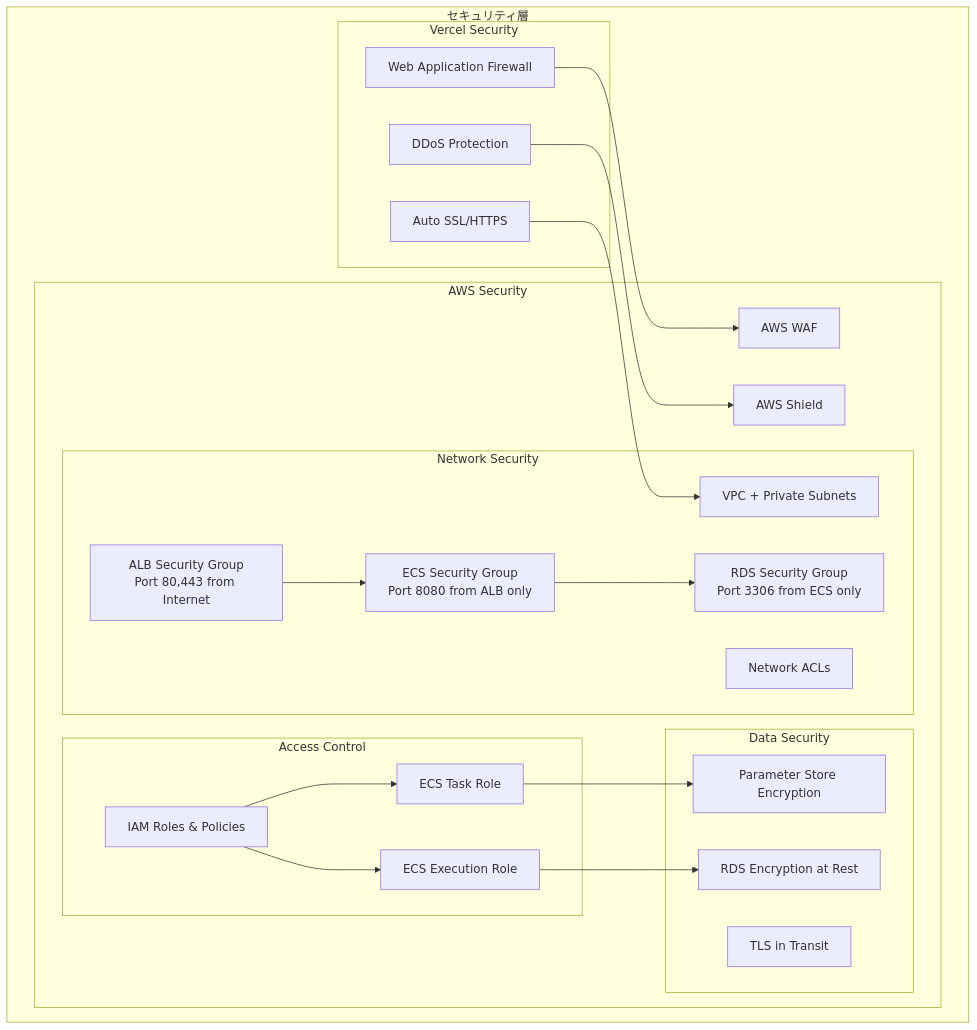
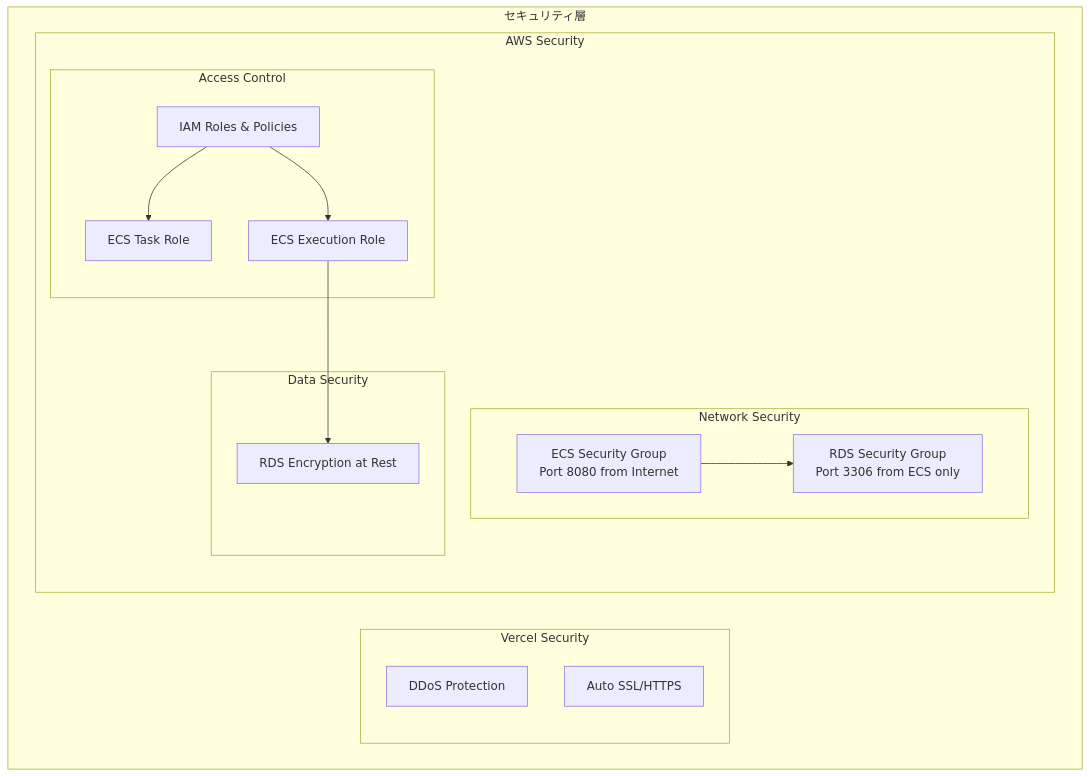
Before and after one commit to fK470/fusen: the fourth of 5 diagrams in docs/system-architecture.md, drawn with Mermaid. The commit also changed other lines of this file and 1 other file, not shown here.

First line of the commit message:
Fix Mermaid diagram errors in system architecture documentation (#16)

````diff
--- a/docs/system-architecture.md
+++ b/docs/system-architecture.md
@@ -148,48 +123,32 @@
 ```mermaid
 graph TB
     subgraph "セキュリティ層"
         subgraph "Vercel Security"
-            VERCEL_WAF[Web Application Firewall]
             VERCEL_DDoS[DDoS Protection]
             VERCEL_SSL[Auto SSL/HTTPS]
         end
         
         subgraph "AWS Security"
-            WAF[AWS WAF]
-            SHIELD[AWS Shield]
-            
             subgraph "Network Security"
-                VPC[VPC + Private Subnets]
-                SG_ALB[ALB Security Group<br/>Port 80,443 from Internet]
-                SG_ECS[ECS Security Group<br/>Port 8080 from ALB only]
+                SG_ECS[ECS Security Group<br/>Port 8080 from Internet]
                 SG_RDS[RDS Security Group<br/>Port 3306 from ECS only]
-                NACL[Network ACLs]
             end
             
             subgraph "Data Security"
                 RDS_ENCRYPT[RDS Encryption at Rest]
-                RDS_TLS[TLS in Transit]
-                SSM_ENCRYPT[Parameter Store Encryption]
             end
             
             subgraph "Access Control"
                 IAM[IAM Roles & Policies]
                 ECS_TASK_ROLE[ECS Task Role]
                 ECS_EXEC_ROLE[ECS Execution Role]
             end
         end
     end
     
     %% Security Flow
-    VERCEL_WAF --> WAF
-    VERCEL_DDoS --> SHIELD
-    VERCEL_SSL --> VPC
-    
-    SG_ALB --> SG_ECS
     SG_ECS --> SG_RDS
-    
     IAM --> ECS_TASK_ROLE
     IAM --> ECS_EXEC_ROLE
-    ECS_TASK_ROLE --> SSM_ENCRYPT
     ECS_EXEC_ROLE --> RDS_ENCRYPT
 ```
````
